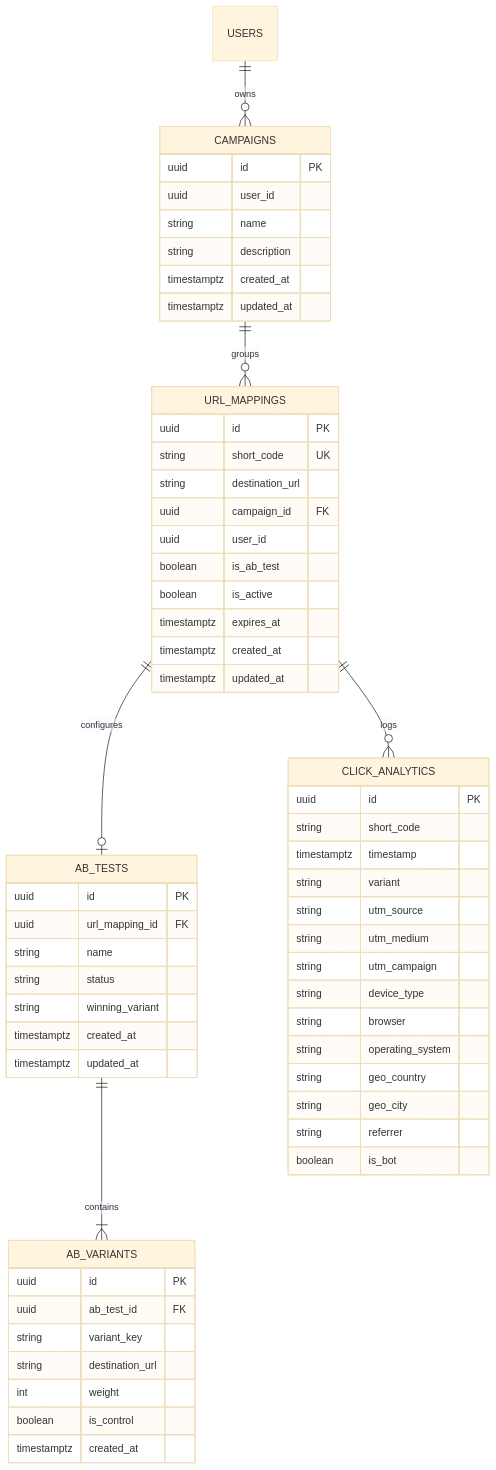
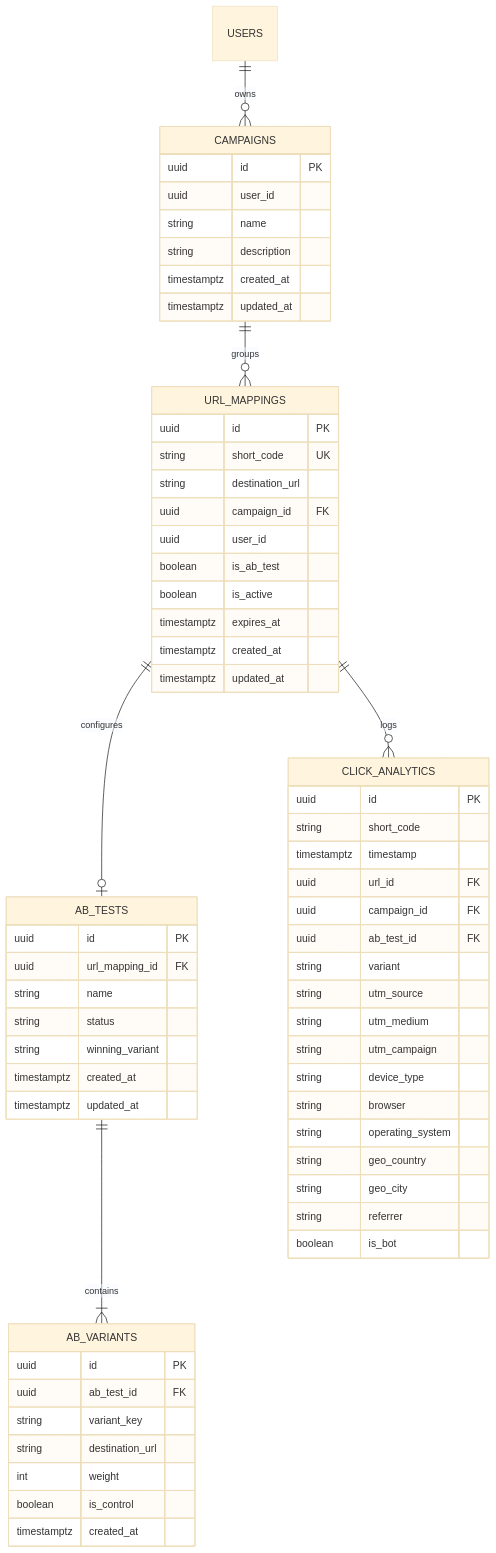
One commit to TheFastest599/url-shortener changed the second of 3 diagrams in docs/smart_routing_campaigns_and_ab_testing_master_guide.md. Above: the diagram before and after it, drawn with Mermaid (base theme). The commit also changed other lines of this file and 8 other files, not shown here.

````diff
--- a/docs/smart_routing_campaigns_and_ab_testing_master_guide.md
+++ b/docs/smart_routing_campaigns_and_ab_testing_master_guide.md
@@ -73,67 +73,70 @@
 ```mermaid
 erDiagram
     USERS ||--o{ CAMPAIGNS : owns
     CAMPAIGNS ||--o{ URL_MAPPINGS : groups
     URL_MAPPINGS ||--o| AB_TESTS : configures
     AB_TESTS ||--|{ AB_VARIANTS : contains
     URL_MAPPINGS ||--o{ CLICK_ANALYTICS : logs
 
     CAMPAIGNS {
         uuid id PK
         uuid user_id
         string name
         string description
         timestamptz created_at
         timestamptz updated_at
     }
 
     URL_MAPPINGS {
         uuid id PK
         string short_code UK
         string destination_url
         uuid campaign_id FK
         uuid user_id
         boolean is_ab_test
         boolean is_active
         timestamptz expires_at
         timestamptz created_at
         timestamptz updated_at
     }
 
     AB_TESTS {
         uuid id PK
         uuid url_mapping_id FK
         string name
         string status
         string winning_variant
         timestamptz created_at
         timestamptz updated_at
     }
 
     AB_VARIANTS {
         uuid id PK
         uuid ab_test_id FK
         string variant_key
         string destination_url
         int weight
         boolean is_control
         timestamptz created_at
     }
 
     CLICK_ANALYTICS {
         uuid id PK
         string short_code
         timestamptz timestamp
+        uuid url_id FK
+        uuid campaign_id FK
+        uuid ab_test_id FK
         string variant
         string utm_source
         string utm_medium
         string utm_campaign
         string device_type
         string browser
         string operating_system
         string geo_country
         string geo_city
         string referrer
         boolean is_bot
     }
 ```
````
